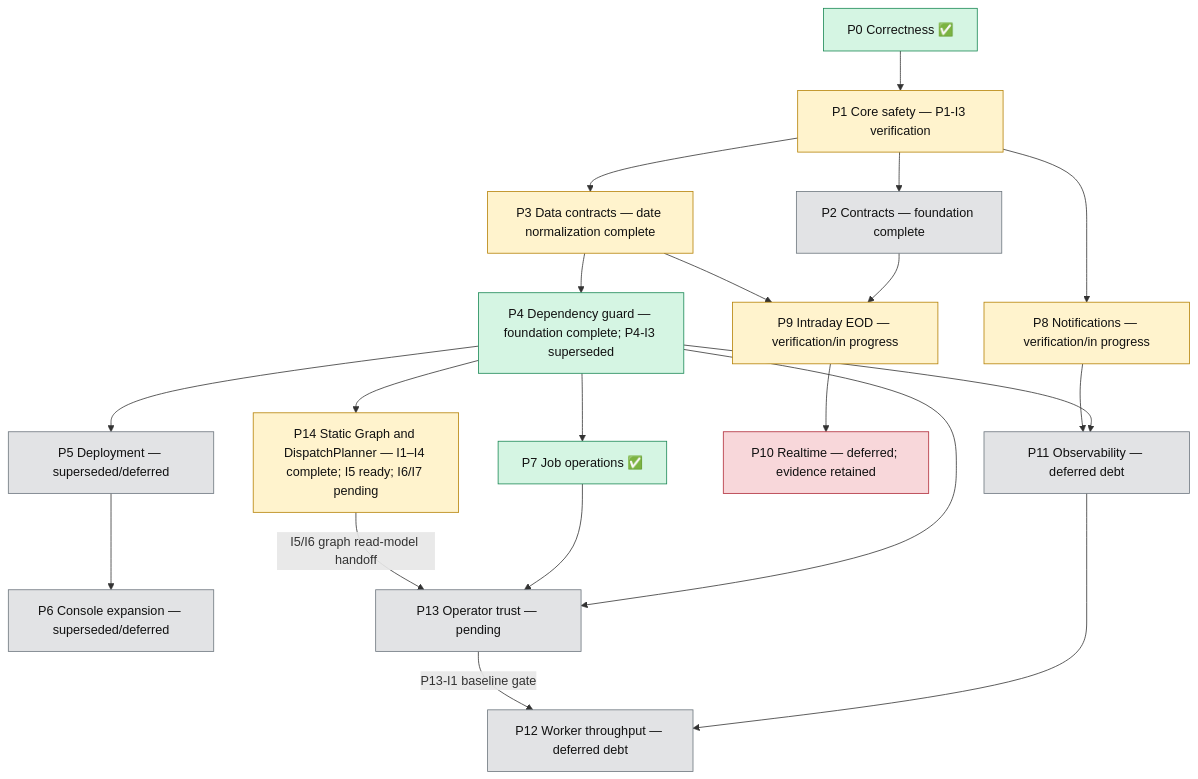
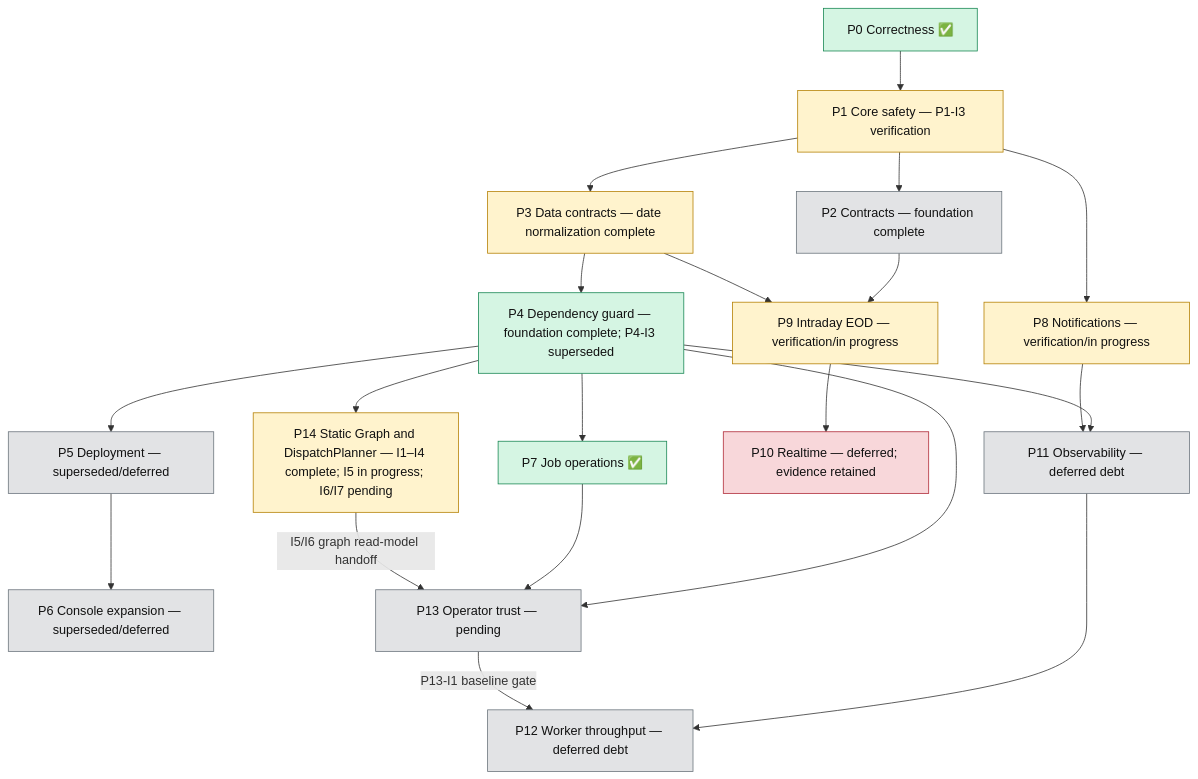
Before and after one commit to tanlocit9/omni: the diagram in docs/plans/roadmap/roadmap.md, drawn with Mermaid. The commit also changed other lines of this file and 13 other files, not shown here.

````diff
--- a/docs/plans/roadmap/roadmap.md
+++ b/docs/plans/roadmap/roadmap.md
@@ -7,31 +7,31 @@
 ```mermaid
 flowchart TD
     P0["P0 Correctness ✅"] --> P1["P1 Core safety — P1-I3 verification"]
     P1 --> P2["P2 Contracts — foundation complete"]
     P1 --> P3["P3 Data contracts — date normalization complete"]
     P3 --> P4["P4 Dependency guard — foundation complete; P4-I3 superseded"]
-    P4 --> P14["P14 Static Graph and DispatchPlanner — I1–I4 complete; I5 ready; I6/I7 pending"]
+    P4 --> P14["P14 Static Graph and DispatchPlanner — I1–I4 complete; I5 in progress; I6/I7 pending"]
     P4 --> P5["P5 Deployment — superseded/deferred"]
     P5 --> P6["P6 Console expansion — superseded/deferred"]
     P4 --> P7["P7 Job operations ✅"]
     P1 --> P8["P8 Notifications — verification/in progress"]
     P2 --> P9["P9 Intraday EOD — verification/in progress"]
     P3 --> P9
     P9 --> P10["P10 Realtime — deferred; evidence retained"]
     P4 --> P11["P11 Observability — deferred debt"]
     P8 --> P11
     P4 --> P13["P13 Operator trust — pending"]
     P7 --> P13
     P14 -->|"I5/I6 graph read-model handoff"| P13
     P11 --> P12["P12 Worker throughput — deferred debt"]
     P13 -->|"P13-I1 baseline gate"| P12
 
     classDef done fill:#d5f5e3,stroke:#198754,color:#111;
     classDef active fill:#fff3cd,stroke:#b58105,color:#111;
     classDef pending fill:#e2e3e5,stroke:#6c757d,color:#111;
     classDef blocked fill:#f8d7da,stroke:#b02a37,color:#111;
     class P0,P4,P7 done;
     class P1,P3,P8,P9,P14 active;
     class P2,P5,P6,P11,P12,P13 pending;
     class P10 blocked;
 ```
````
